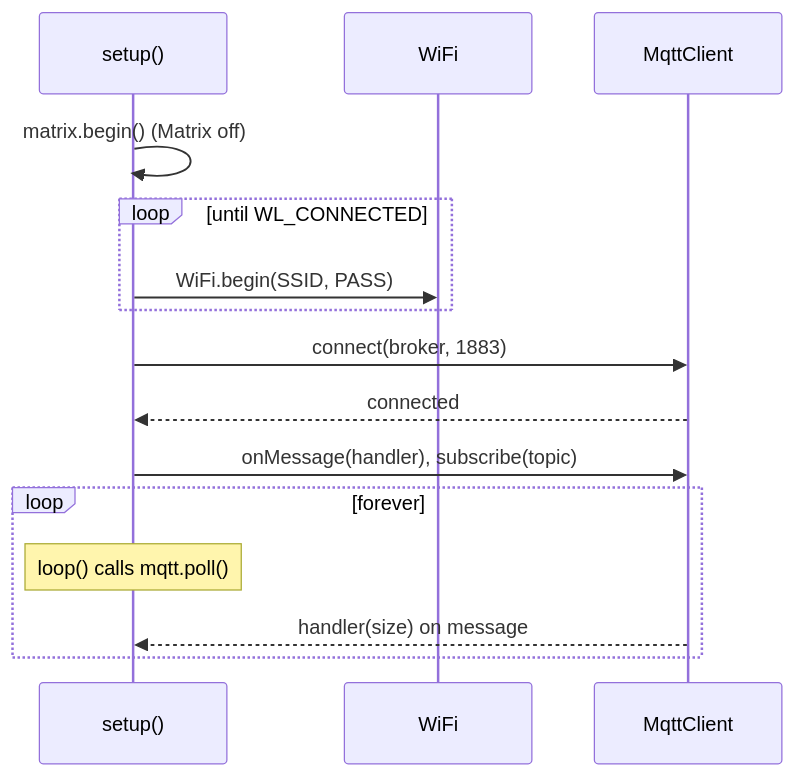
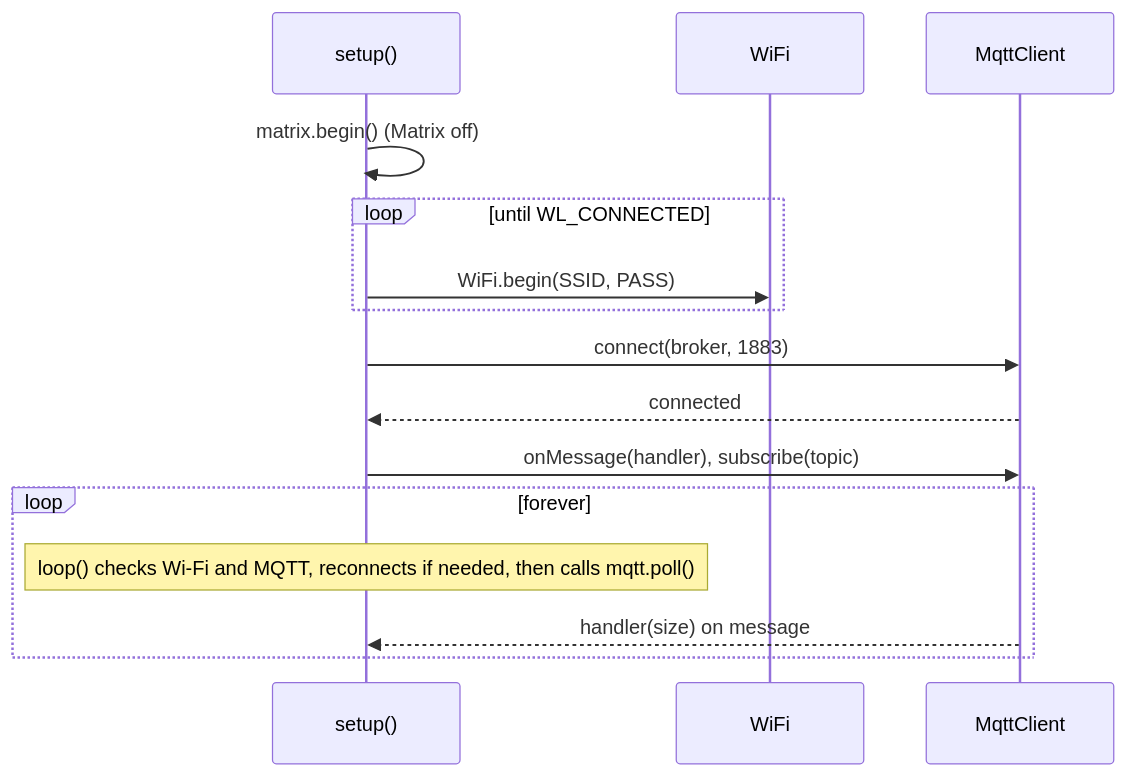
The second of 2 diagrams in .kiro/specs/mqtt-led-matrix-control/design.md (syamsitaufik/led_blink), drawn with Mermaid before and after one commit. The commit also changed other lines of this file and 2 other files, not shown here.

Commit message:
Update mqtt-led-matrix-control spec to include serial logging and reconnection

````diff
--- a/.kiro/specs/mqtt-led-matrix-control/design.md
+++ b/.kiro/specs/mqtt-led-matrix-control/design.md
@@ -33,17 +34,17 @@
 ```mermaid
 sequenceDiagram
     participant S as setup()
     participant W as WiFi
     participant M as MqttClient
     S->>S: matrix.begin() (Matrix off)
     loop until WL_CONNECTED
         S->>W: WiFi.begin(SSID, PASS)
     end
     S->>M: connect(broker, 1883)
     M-->>S: connected
     S->>M: onMessage(handler), subscribe(topic)
     loop forever
-        Note over S: loop() calls mqtt.poll()
+        Note over S: loop() checks Wi-Fi and MQTT, reconnects if needed, then calls mqtt.poll()
         M-->>S: handler(size) on message
     end
 ```
````
